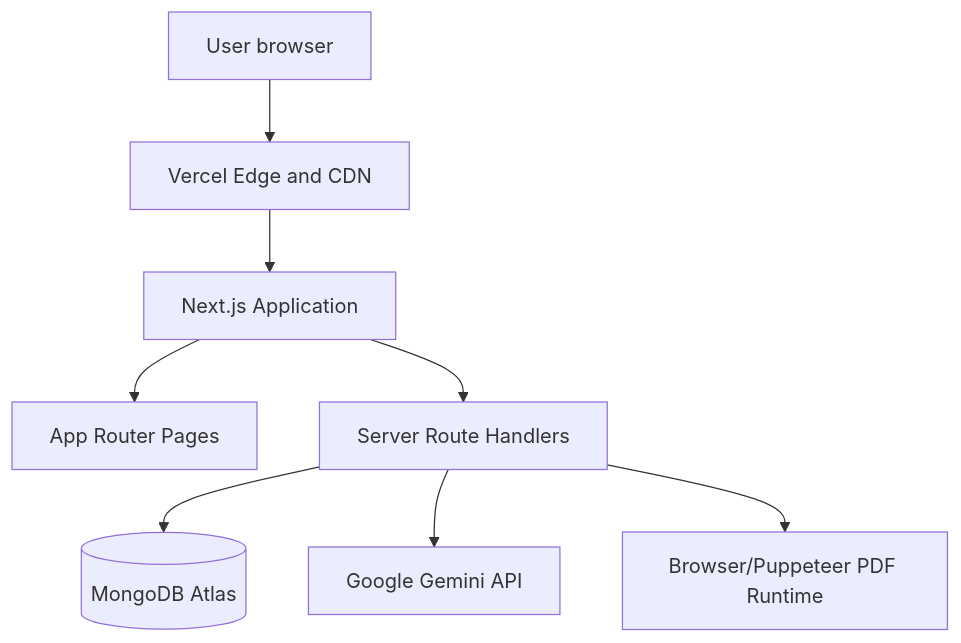
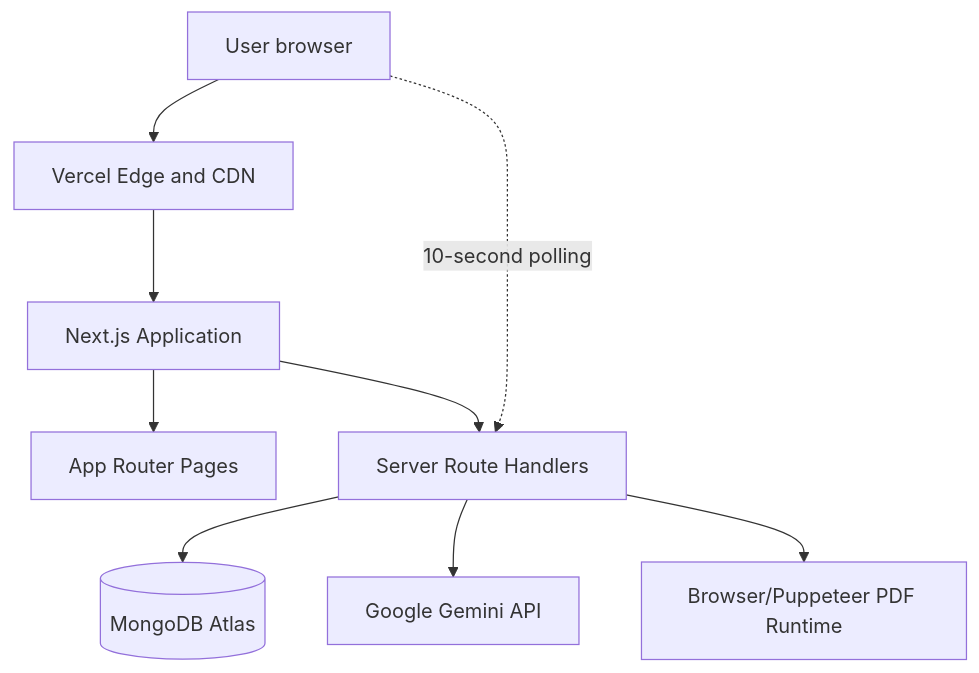
Before and after one commit to Ranjan-githu/nextjscarr: the second of 6 diagrams in ARCHITECTURE.md, drawn with Mermaid. The commit also changed other lines of this file and 284 other files, not shown here.

````diff
--- a/ARCHITECTURE.md
+++ b/ARCHITECTURE.md
@@ -27,10 +29,11 @@
 ```mermaid
 flowchart TB
     Browser[User browser] --> CDN[Vercel Edge and CDN]
     CDN --> Next[Next.js Application]
     Next --> Pages[App Router Pages]
     Next --> Routes[Server Route Handlers]
     Routes --> Mongo[(MongoDB Atlas)]
+    Browser -. "10-second polling" .-> Routes
     Routes --> Gemini[Google Gemini API]
     Routes --> BrowserPDF[Browser/Puppeteer PDF Runtime]
 ```
````
